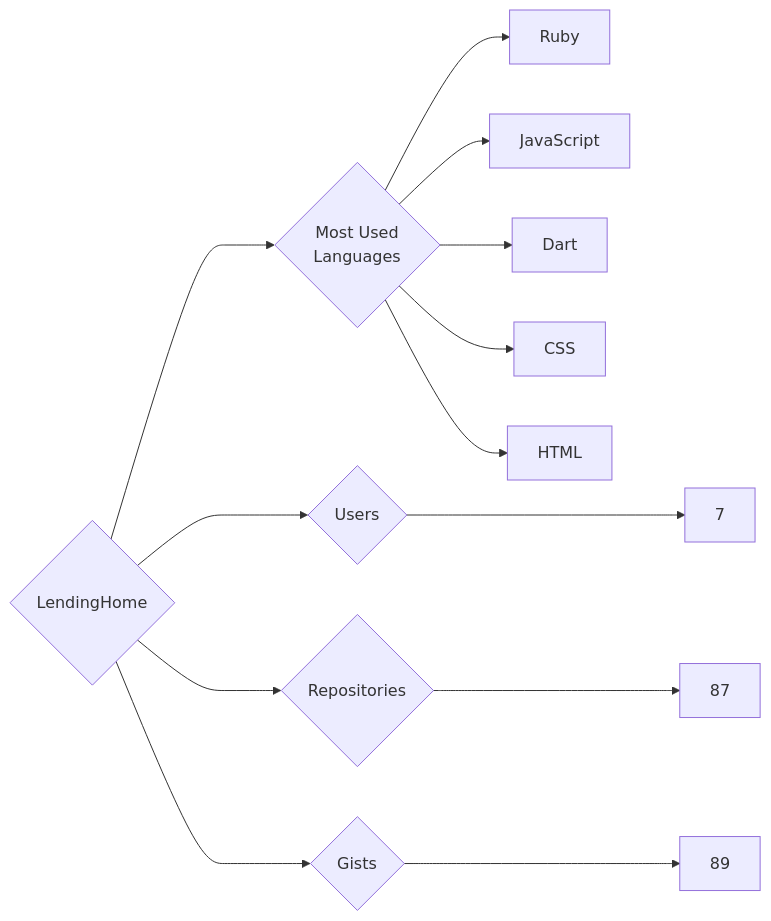
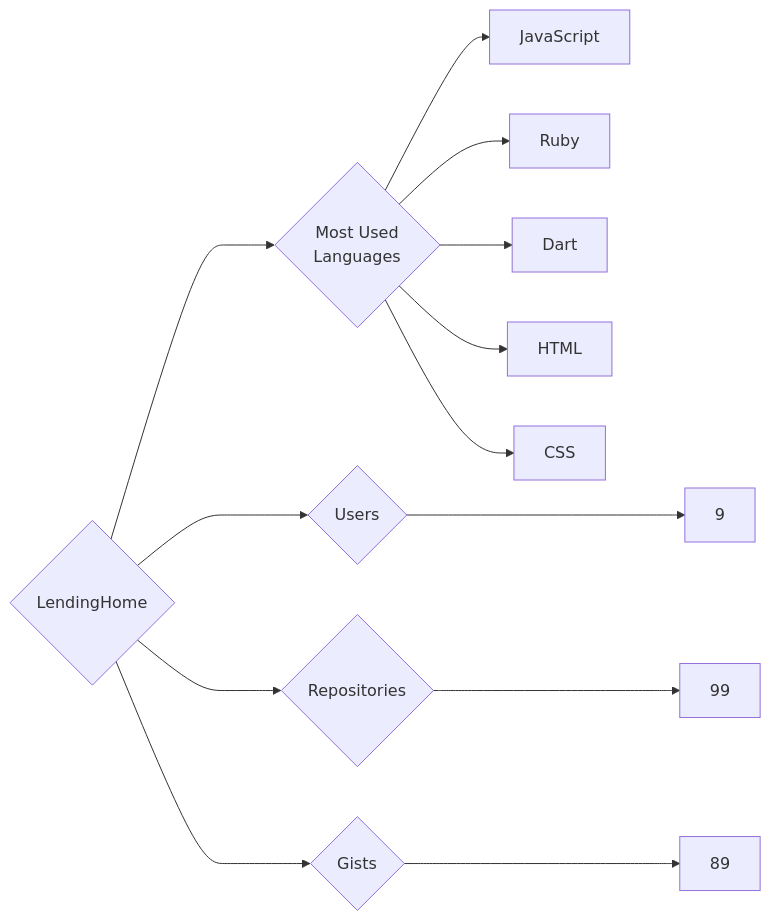
The diagram in targets/LendingHome/README.md (trickest/insiders), drawn with Mermaid before and after one commit. The commit also changed 888 other files, not shown here.

````diff
--- a/targets/LendingHome/README.md
+++ b/targets/LendingHome/README.md
@@ -3,13 +3,13 @@
 ```mermaid
 graph LR
 COMPANY_NAME{LendingHome}
-COMPANY_NAME ---> U{Users} ---> UN[7]
-COMPANY_NAME ---> R{Repositories} ---> RN[87]
+COMPANY_NAME ---> U{Users} ---> UN[9]
+COMPANY_NAME ---> R{Repositories} ---> RN[99]
 COMPANY_NAME ---> G{Gists} ---> GN[89]
 COMPANY_NAME ---> ML{Most Used<br>Languages}
+ML --> JavaScript[JavaScript]
 ML --> Ruby[Ruby]
-ML --> JavaScript[JavaScript]
 ML --> Dart[Dart]
+ML --> HTML[HTML]
 ML --> CSS[CSS]
-ML --> HTML[HTML]
 ```
````
